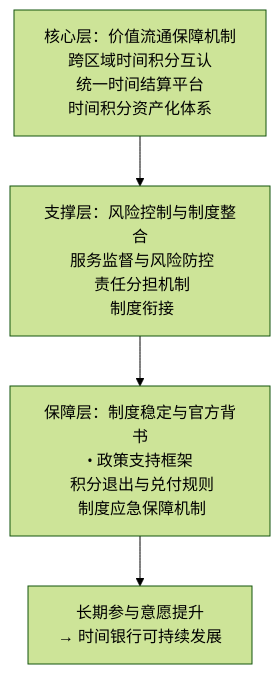
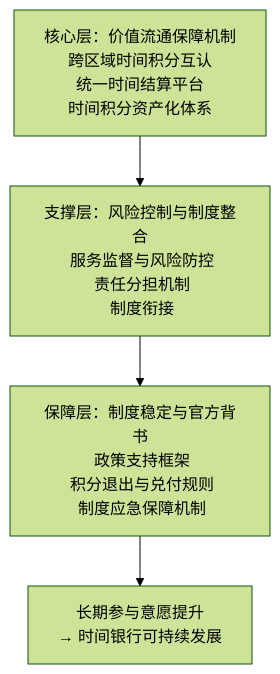
The diagram in all/未命名-1.md (hulixiansheng2973/iodraw-files), drawn with Mermaid (forest theme) before and after one commit.

Commit message:
2026-02-25 17:03:26 update

````diff
--- a/all/未命名-1.md
+++ b/all/未命名-1.md
@@ -1,15 +1,15 @@
 ```mermaid
 graph TD
 
 A[核心层：价值流通保障机制<br/>跨区域时间积分互认<br/> 统一时间结算平台<br/>时间积分资产化体系]
 
 B[支撑层：风险控制与制度整合<br/> 服务监督与风险防控<br/> 责任分担机制<br/> 制度衔接]
 
-C[保障层：制度稳定与官方背书<br/>• 政策支持框架<br/> 积分退出与兑付规则<br/> 制度应急保障机制]
+C[保障层：制度稳定与官方背书<br/> 政策支持框架<br/> 积分退出与兑付规则<br/> 制度应急保障机制]
 
 D[长期参与意愿提升<br/>→ 时间银行可持续发展]
 
 A --> B
 B --> C
 C --> D
 ```
````
